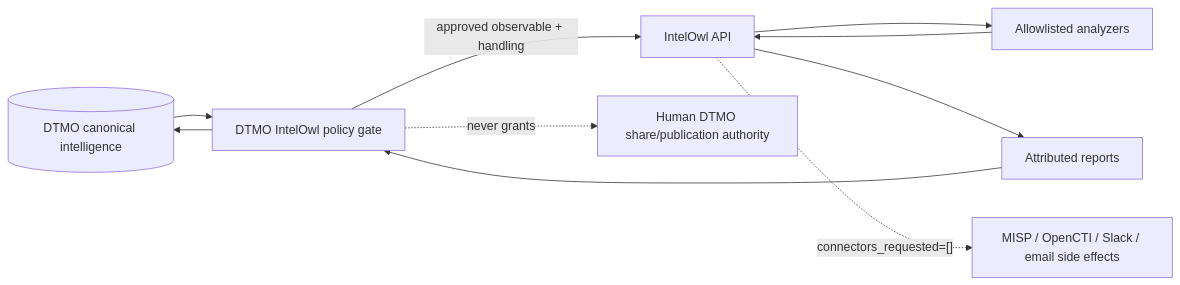
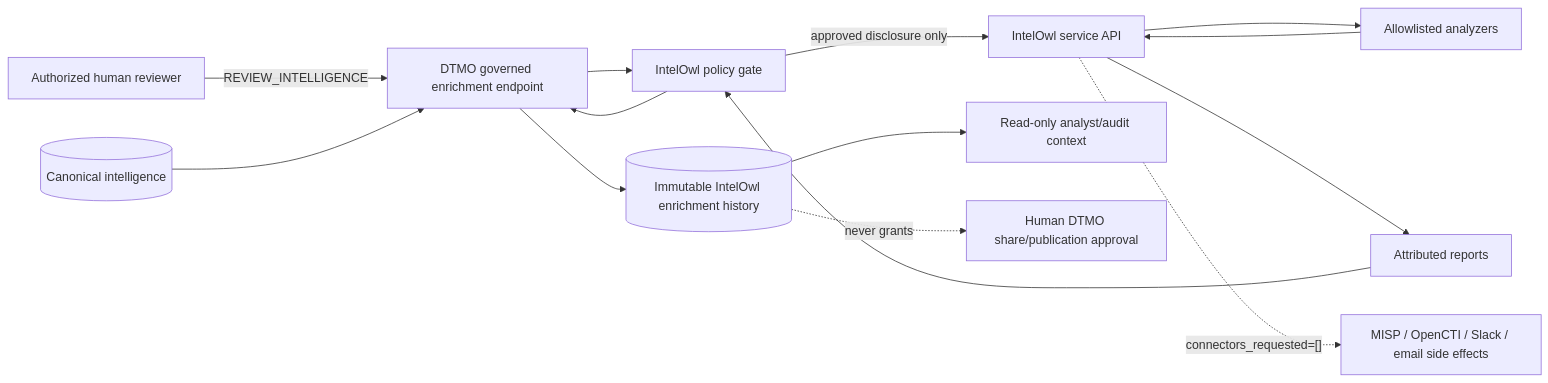
One commit to GJvManen/dtmo changed the second of 2 diagrams in docs/integrations/INTELOWL_INTEGRATION.md. Above: the diagram before and after it, drawn with Mermaid. The commit also changed other lines of this file, not shown here.

Commit message:
Docs: govern IntelOwl execution and persistence

````diff
--- a/docs/integrations/INTELOWL_INTEGRATION.md
+++ b/docs/integrations/INTELOWL_INTEGRATION.md
@@ -38,12 +46,16 @@
 ```mermaid
 flowchart LR
-    C[(DTMO canonical intelligence)] --> G[DTMO IntelOwl policy gate]
-    G -->|approved observable + handling| A[IntelOwl API]
+    H[Authorized human reviewer] -->|REVIEW_INTELLIGENCE| E[DTMO governed enrichment endpoint]
+    C[(Canonical intelligence)] --> E
+    E --> G[IntelOwl policy gate]
+    G -->|approved disclosure only| A[IntelOwl service API]
     A --> P[Allowlisted analyzers]
     P --> A
     A --> R[Attributed reports]
     R --> G
-    G --> C
-    G -. never grants .-> S[Human DTMO share/publication authority]
+    G --> E
+    E --> D[(Immutable IntelOwl enrichment history)]
+    D --> Q[Read-only analyst/audit context]
+    D -. never grants .-> S[Human DTMO share/publication approval]
     A -. connectors_requested=[] .-> X[MISP / OpenCTI / Slack / email side effects]
 ```
````
